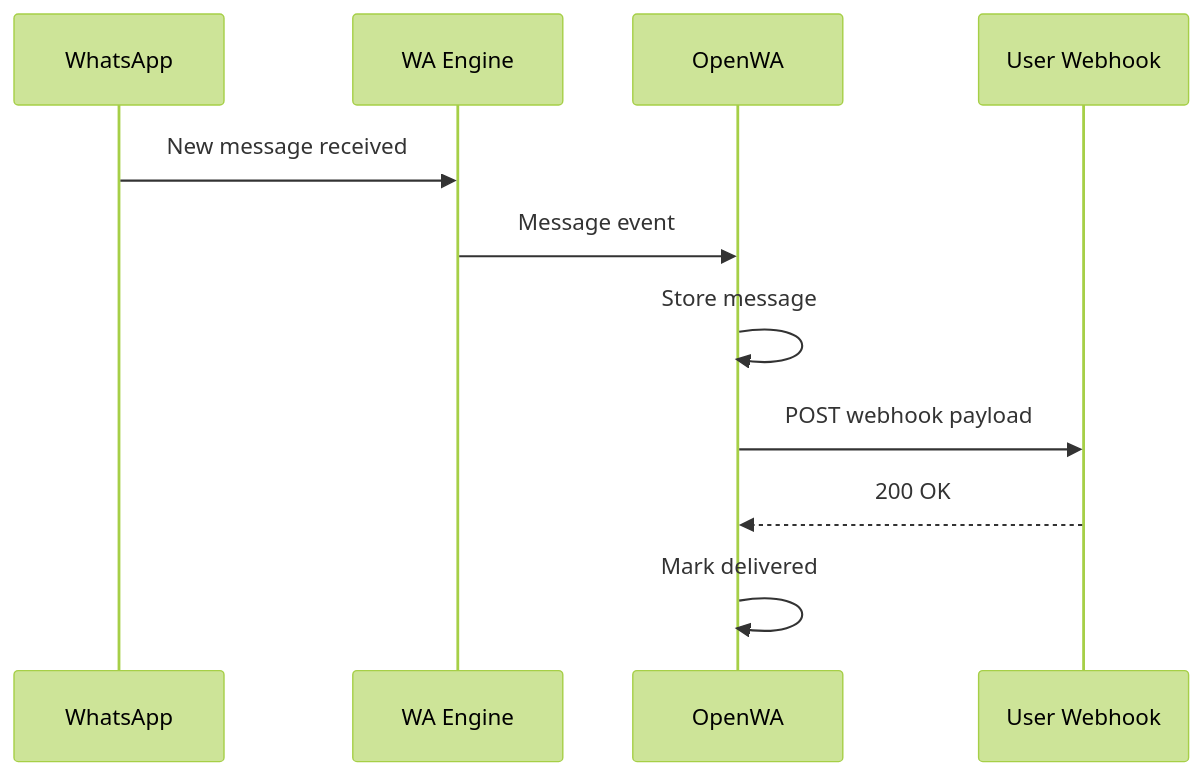
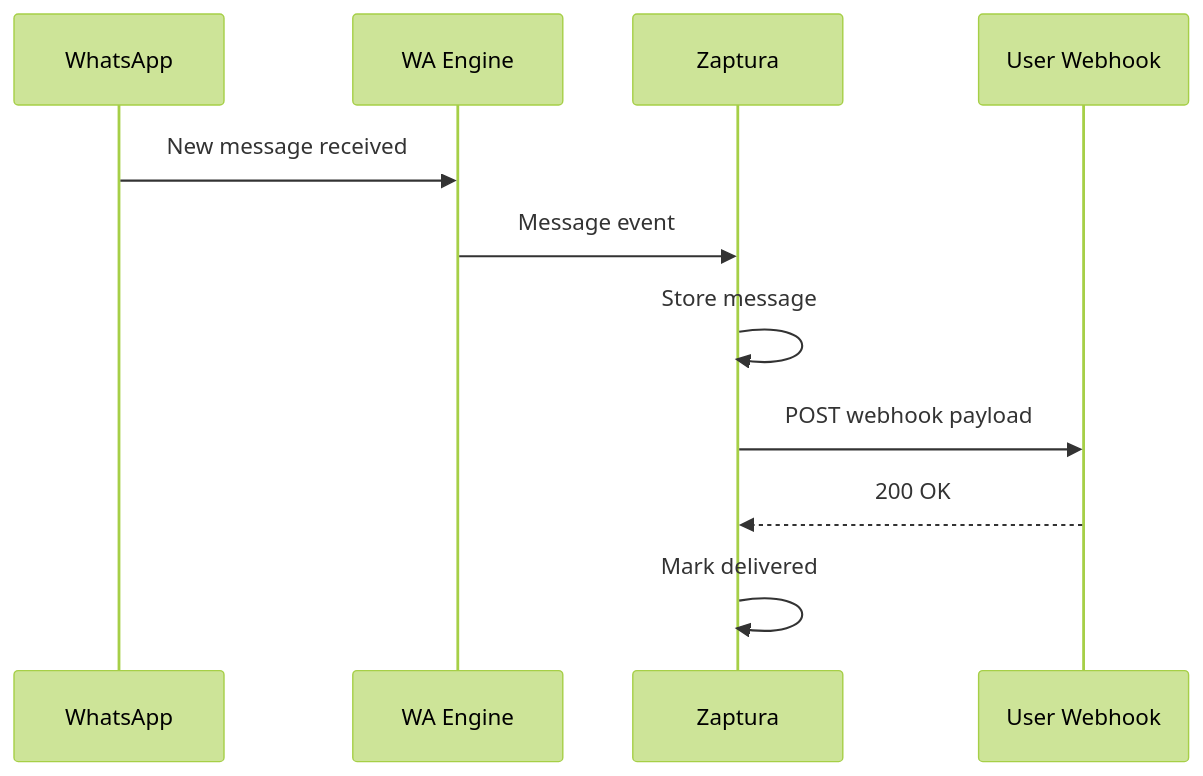
Before and after one commit to AsmSafone/Whatsapp-SaaS: diagram 12 of 13 in docs/02-requirements-specification.md, drawn with Mermaid (forest theme). The commit also changed other lines of this file and 940 other files, not shown here.

````diff
--- a/docs/02-requirements-specification.md
+++ b/docs/02-requirements-specification.md
@@ -411,14 +411,14 @@
 ```mermaid
 sequenceDiagram
     participant WA as WhatsApp
     participant Engine as WA Engine
-    participant API as OpenWA
+    participant API as Zaptura
     participant WH as User Webhook
 
     WA->>Engine: New message received
     Engine->>API: Message event
     API->>API: Store message
     API->>WH: POST webhook payload
     WH-->>API: 200 OK
     API->>API: Mark delivered
 ```
````
